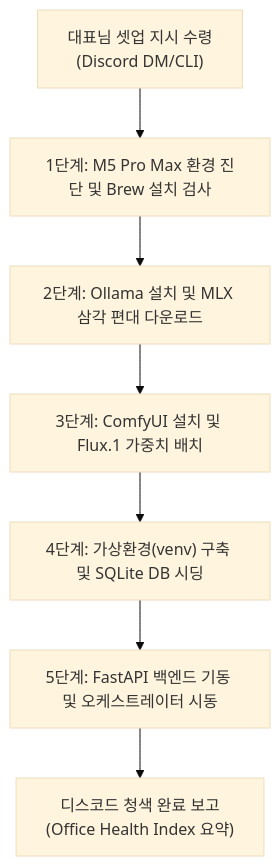
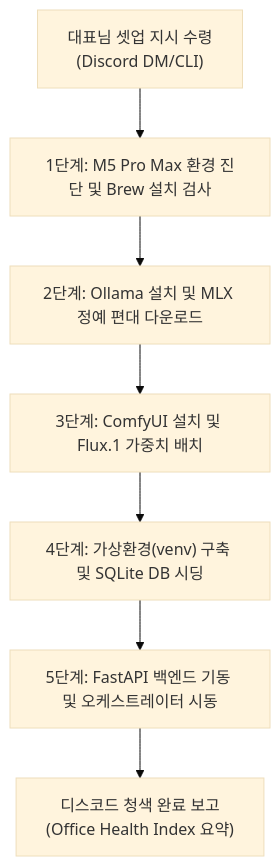
One commit to ChungRyong/Team-203 changed the diagram in PM_AGENT_INFRA_PROVISIONING_GUIDE.md. Above: the diagram before and after it, drawn with Mermaid (base theme). The commit also changed other lines of this file and 5 other files, not shown here.

````diff
--- a/PM_AGENT_INFRA_PROVISIONING_GUIDE.md
+++ b/PM_AGENT_INFRA_PROVISIONING_GUIDE.md
@@ -13,9 +13,9 @@
 ```mermaid
 graph TD
     Start["대표님 셋업 지시 수령<br>(Discord DM/CLI)"] --> Step1["1단계: M5 Pro Max 환경 진단 및 Brew 설치 검사"]
-    Step1 --> Step2["2단계: Ollama 설치 및 MLX 삼각 편대 다운로드"]
+    Step1 --> Step2["2단계: Ollama 설치 및 MLX 정예 편대 다운로드"]
     Step2 --> Step3["3단계: ComfyUI 설치 및 Flux.1 가중치 배치"]
     Step3 --> Step4["4단계: 가상환경(venv) 구축 및 SQLite DB 시딩"]
     Step4 --> Step5["5단계: FastAPI 백엔드 기동 및 오케스트레이터 시동"]
     Step5 --> End["디스코드 청색 완료 보고<br>(Office Health Index 요약)"]
 ```
````
